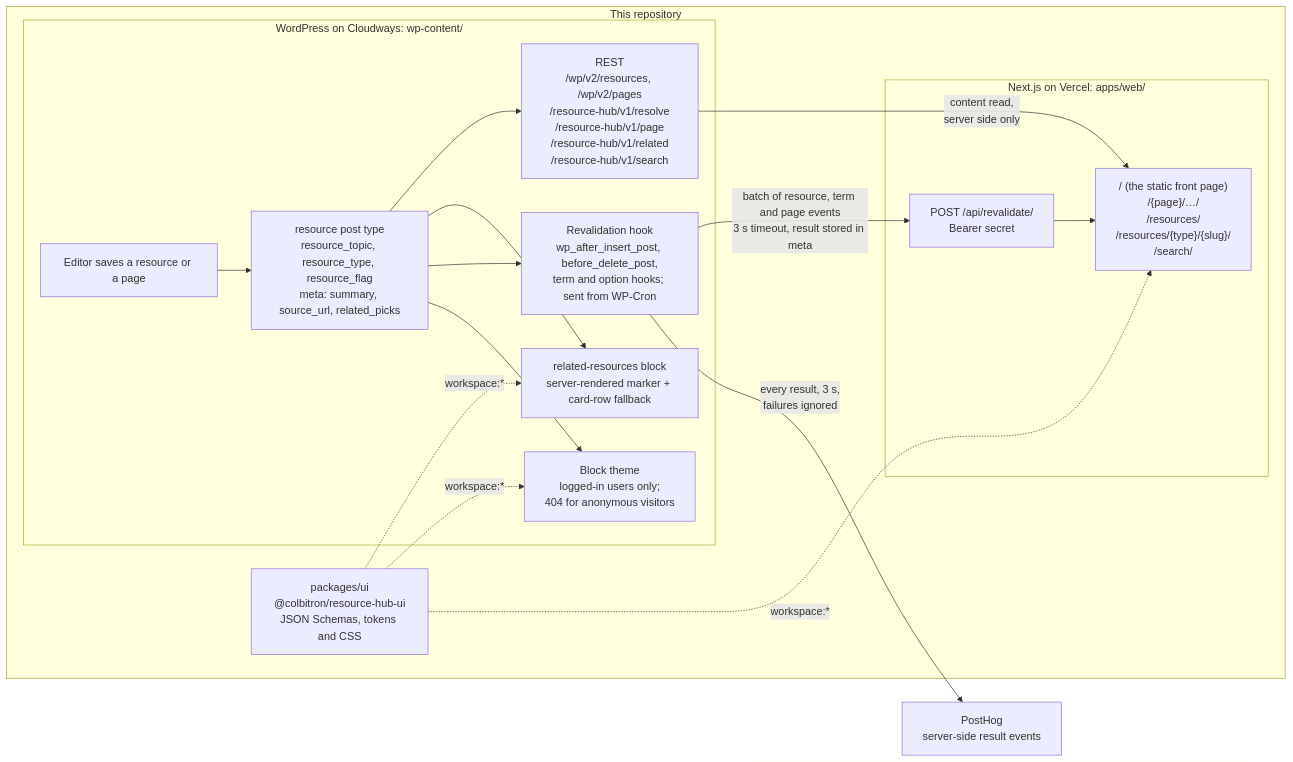
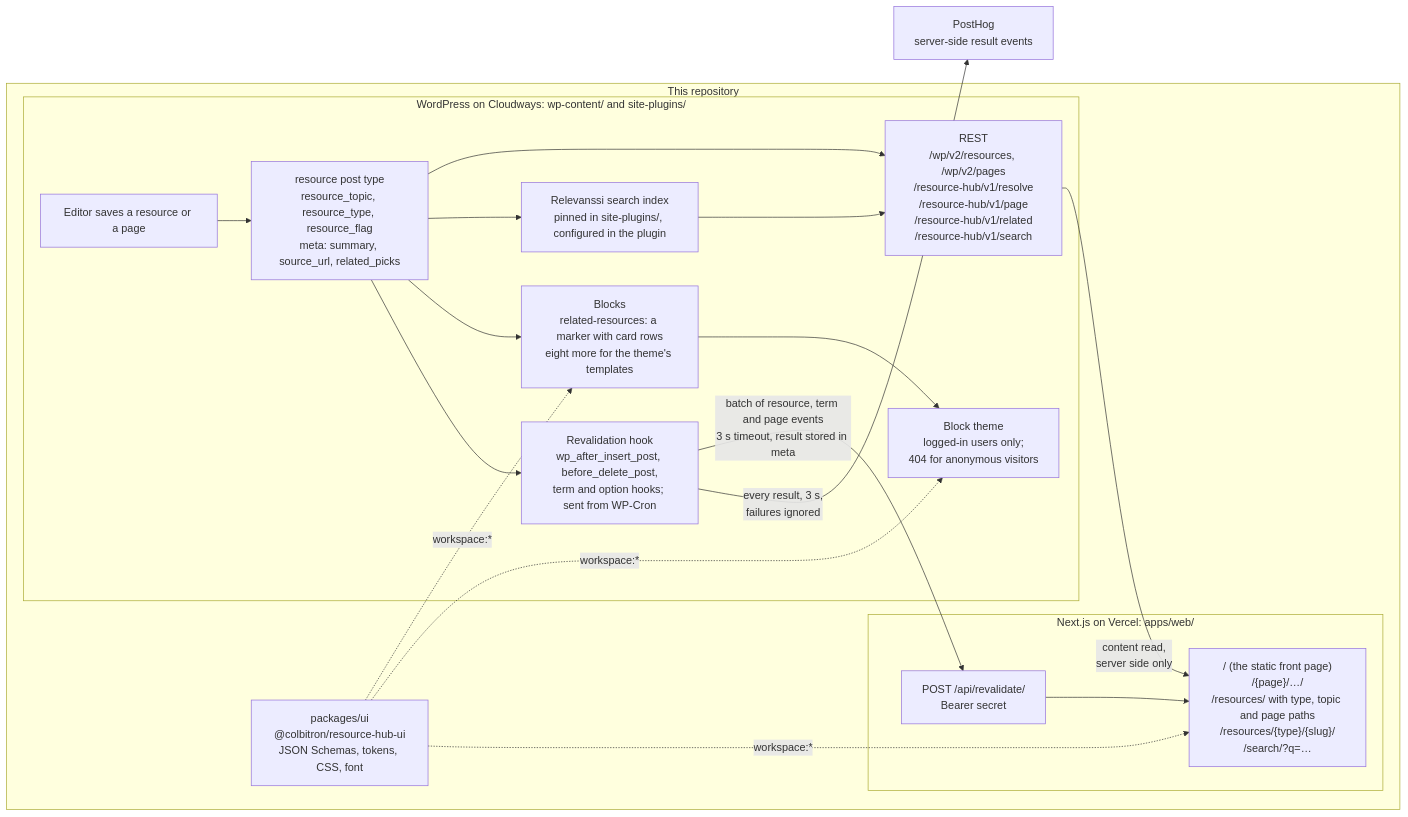
Before and after one commit to Colbitron/resource-hub-wp: the diagram in README.md, drawn with Mermaid. The commit also changed other lines of this file, not shown here.

````diff
--- a/README.md
+++ b/README.md
@@ -64,35 +16,38 @@
 ```mermaid
 flowchart LR
     subgraph repo["This repository"]
-        subgraph wp["WordPress on Cloudways: wp-content/"]
+        subgraph wp["WordPress on Cloudways: wp-content/ and site-plugins/"]
             editor["Editor saves a resource or a page"]
             cpt["resource post type<br/>resource_topic, resource_type, resource_flag<br/>meta: summary, source_url, related_picks"]
+            search["Relevanssi search index<br/>pinned in site-plugins/, configured in the plugin"]
             rest["REST<br/>/wp/v2/resources, /wp/v2/pages<br/>/resource-hub/v1/resolve<br/>/resource-hub/v1/page<br/>/resource-hub/v1/related<br/>/resource-hub/v1/search"]
-            block["related-resources block<br/>server-rendered marker + card-row fallback"]
+            block["Blocks<br/>related-resources: a marker with card rows<br/>eight more for the theme's templates"]
             hook["Revalidation hook<br/>wp_after_insert_post, before_delete_post,<br/>term and option hooks; sent from WP-Cron"]
             theme["Block theme<br/>logged-in users only;<br/>404 for anonymous visitors"]
             editor --> cpt
             cpt --> rest
+            cpt --> search
+            search --> rest
             cpt --> block
+            block --> theme
             cpt --> hook
-            cpt --> theme
         end
 
-        ui["packages/ui<br/>@colbitron/resource-hub-ui<br/>JSON Schemas, tokens and CSS"]
+        ui["packages/ui<br/>@colbitron/resource-hub-ui<br/>JSON Schemas, tokens, CSS, font"]
 
         subgraph next["Next.js on Vercel: apps/web/"]
             api["POST /api/revalidate/<br/>Bearer secret"]
-            pages["/ (the static front page)<br/>/{page}/…/<br/>/resources/<br/>/resources/{type}/{slug}/<br/>/search/"]
+            pages["/ (the static front page)<br/>/{page}/…/<br/>/resources/ with type, topic and page paths<br/>/resources/{type}/{slug}/<br/>/search/?q=…"]
             api --> pages
         end
     end
 
     posthog["PostHog<br/>server-side result events"]
 
     rest -->|"content read,<br/>server side only"| pages
     hook -->|"batch of resource, term and page events<br/>3 s timeout, result stored in meta"| api
     hook -->|"every result, 3 s,<br/>failures ignored"| posthog
     ui -.->|"workspace:*"| block
     ui -.->|"workspace:*"| theme
     ui -.->|"workspace:*"| pages
 ```
````
